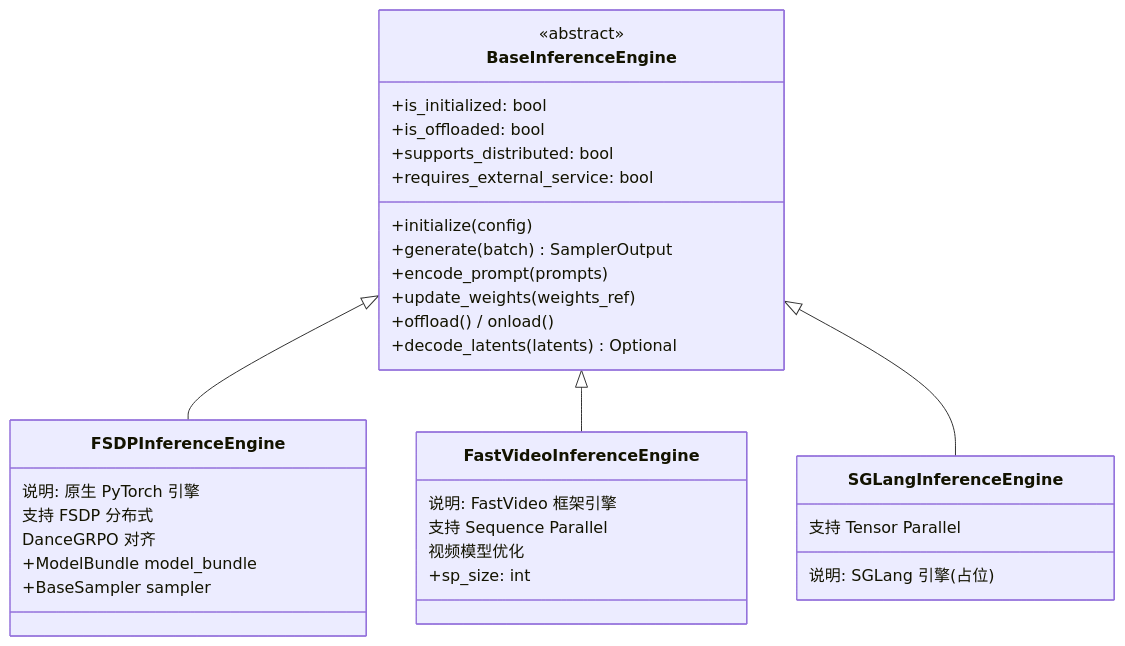
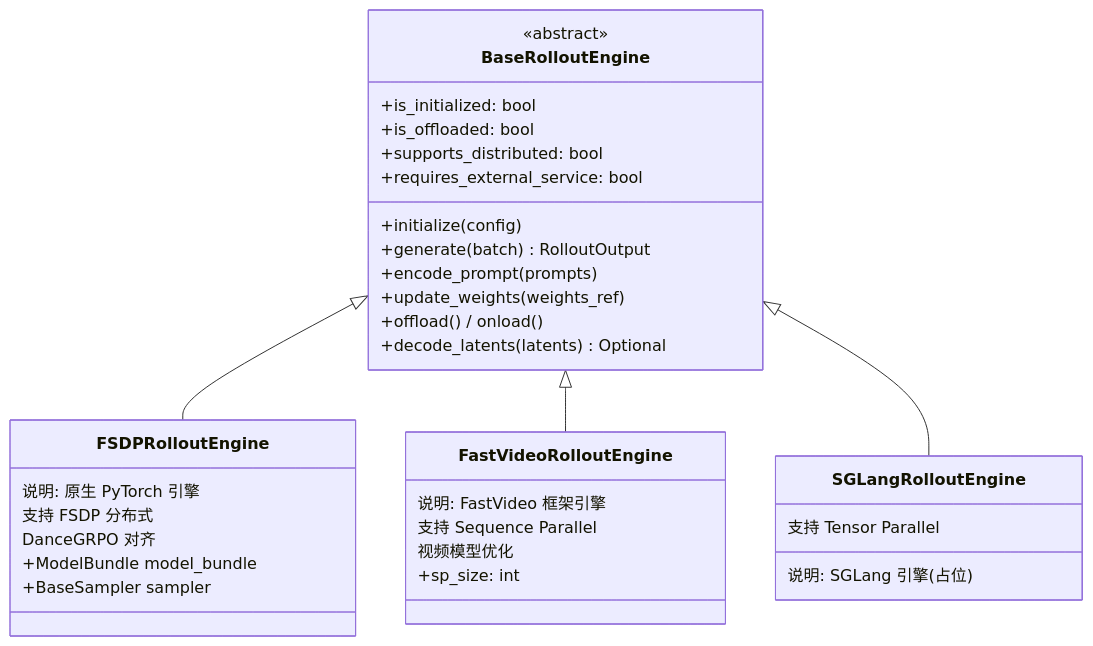
Before and after one commit to celve/unirl: the seventh of 27 diagrams in docs/Diffusion_RL_Design_Analysis.md, drawn with Mermaid. The commit also changed other lines of this file and 155 other files, not shown here.

First line of the commit message:
refactor: simplify entry points and align with slime architecture

````diff
--- a/docs/Diffusion_RL_Design_Analysis.md
+++ b/docs/Diffusion_RL_Design_Analysis.md
@@ -1379,40 +1378,40 @@
 ```mermaid
 classDiagram
-    class BaseInferenceEngine {
+    class BaseRolloutEngine {
         <<abstract>>
         +is_initialized: bool
         +is_offloaded: bool
         +supports_distributed: bool
         +requires_external_service: bool
         +initialize(config)
-        +generate(batch) SamplerOutput
+        +generate(batch) RolloutOutput
         +encode_prompt(prompts)
         +update_weights(weights_ref)
         +offload() / onload()
         +decode_latents(latents) Optional
     }
 
-    class FSDPInferenceEngine {
+    class FSDPRolloutEngine {
         说明: 原生 PyTorch 引擎
         支持 FSDP 分布式
         DanceGRPO 对齐
         +ModelBundle model_bundle
         +BaseSampler sampler
     }
 
-    class FastVideoInferenceEngine {
+    class FastVideoRolloutEngine {
         说明: FastVideo 框架引擎
         支持 Sequence Parallel
         视频模型优化
         +sp_size: int
     }
 
-    class SGLangInferenceEngine {
+    class SGLangRolloutEngine {
         说明: SGLang 引擎 (占位)
         支持 Tensor Parallel
     }
 
-    BaseInferenceEngine <|-- FSDPInferenceEngine
-    BaseInferenceEngine <|-- FastVideoInferenceEngine
-    BaseInferenceEngine <|-- SGLangInferenceEngine
+    BaseRolloutEngine <|-- FSDPRolloutEngine
+    BaseRolloutEngine <|-- FastVideoRolloutEngine
+    BaseRolloutEngine <|-- SGLangRolloutEngine
 ```
````
